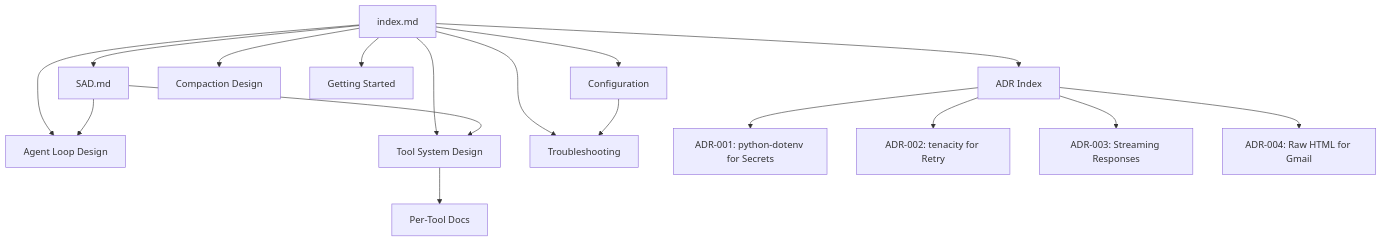
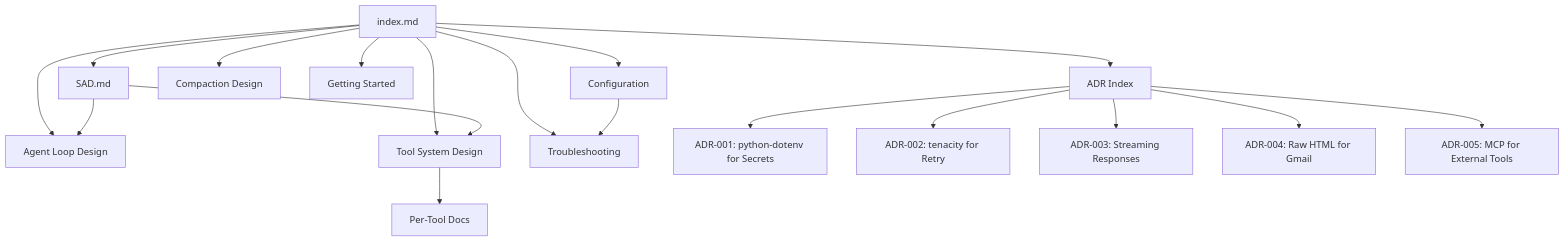
One commit to StephenDenisEdwards/micro-x-agent-loop-python changed the diagram in documentation/docs/index.md. Above: the diagram before and after it, drawn with Mermaid. The commit also changed 79 other files, not shown here.

````diff
--- a/documentation/docs/index.md
+++ b/documentation/docs/index.md
@@ -28,21 +28,22 @@
 ```mermaid
 graph TD
     INDEX[index.md] --> SAD[SAD.md]
     INDEX --> ADR[ADR Index]
     INDEX --> DESIGN1[Agent Loop Design]
     INDEX --> DESIGN2[Tool System Design]
     INDEX --> DESIGN3[Compaction Design]
     INDEX --> OPS1[Getting Started]
     INDEX --> OPS2[Configuration]
     INDEX --> OPS3[Troubleshooting]
 
     ADR --> ADR001[ADR-001: python-dotenv for Secrets]
     ADR --> ADR002[ADR-002: tenacity for Retry]
     ADR --> ADR003[ADR-003: Streaming Responses]
     ADR --> ADR004[ADR-004: Raw HTML for Gmail]
+    ADR --> ADR005[ADR-005: MCP for External Tools]
 
     SAD --> DESIGN1
     SAD --> DESIGN2
     DESIGN2 --> TOOLS[Per-Tool Docs]
     OPS2 --> OPS3
 ```
````
